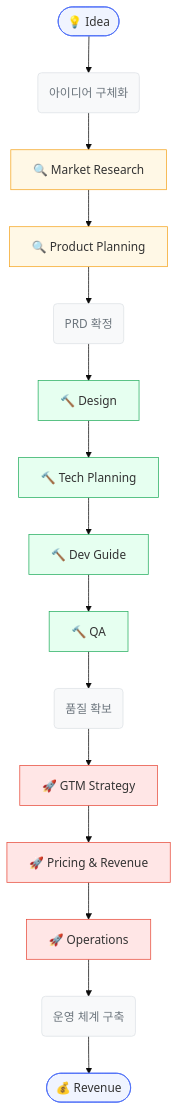
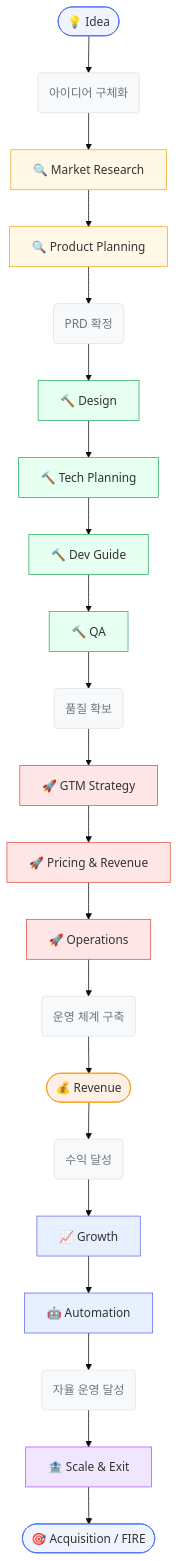
Before and after one commit to JayKim88/claude-ai-engineering: the first of 6 diagrams in plugins/business-avengers/README.md, drawn with Mermaid (base theme). The commit also changed other lines of this file and 34 other files, not shown here.

````diff
--- a/plugins/business-avengers/README.md
+++ b/plugins/business-avengers/README.md
@@ -16,30 +18,41 @@
 ```mermaid
 graph TD
     A(["💡 Idea"]):::inputNode
     L1("아이디어 구체화"):::step
     B["🔍 Market Research"]:::validateNode
     C["🔍 Product Planning"]:::validateNode
     L2("PRD 확정"):::step
     D["🔨 Design"]:::buildNode
     E["🔨 Tech Planning"]:::buildNode
     F["🔨 Dev Guide"]:::buildNode
     G["🔨 QA"]:::buildNode
     L3("품질 확보"):::step
     H["🚀 GTM Strategy"]:::launchNode
     I["🚀 Pricing & Revenue"]:::launchNode
     J["🚀 Operations"]:::launchNode
     L4("운영 체계 구축"):::step
-    K(["💰 Revenue"]):::outputNode
+    K(["💰 Revenue"]):::revenueNode
+    L5("수익 달성"):::step
+    M["📈 Growth"]:::growNode
+    N["🤖 Automation"]:::growNode
+    L6("자율 운영 달성"):::step
+    O["🏦 Scale & Exit"]:::exitNode
+    P(["🎯 Acquisition / FIRE"]):::outputNode
 
     A --> L1 --> B --> C
     C --> L2 --> D --> E --> F --> G
     G --> L3 --> H --> I --> J
     J --> L4 --> K
+    K --> L5 --> M --> N
+    N --> L6 --> O --> P
 
     classDef inputNode fill:#f0f4ff,stroke:#4a6cf7
     classDef validateNode fill:#fff8e6,stroke:#f5a623
     classDef buildNode fill:#e6fff0,stroke:#27ae60
     classDef launchNode fill:#ffe6e6,stroke:#e74c3c
+    classDef revenueNode fill:#fff0e6,stroke:#f59e0b
+    classDef growNode fill:#e6f0ff,stroke:#6366f1
+    classDef exitNode fill:#f0e6ff,stroke:#a855f7
     classDef outputNode fill:#f0f4ff,stroke:#4a6cf7
     classDef step fill:#f8f9fa,stroke:#dee2e6,color:#6c757d
 ```
````
